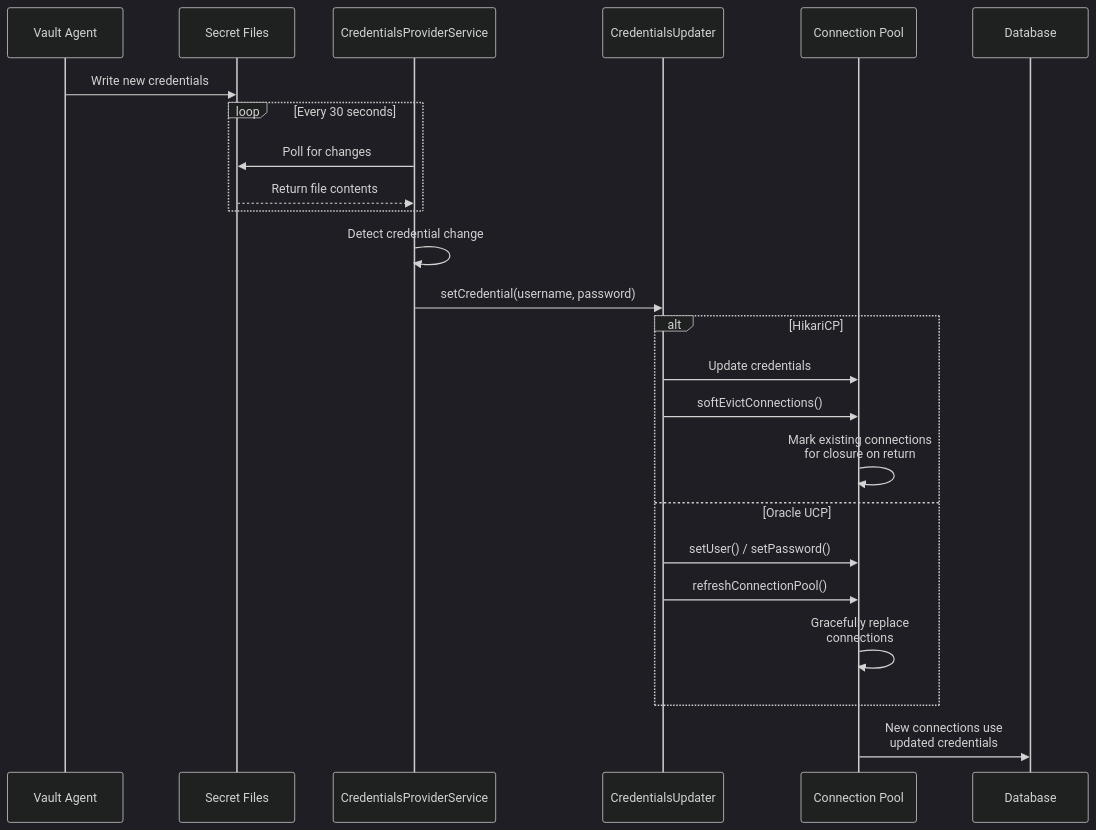
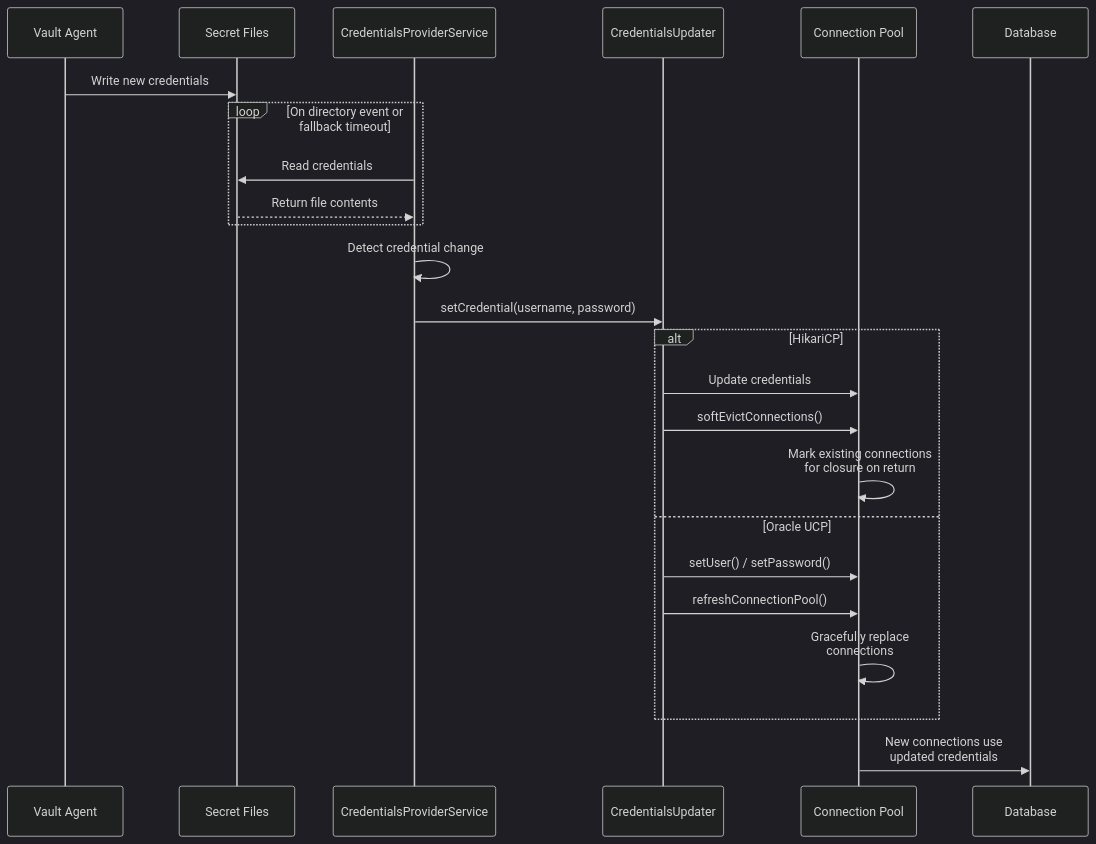
Before and after one commit to bhanafee/RotatingSecrets: the first of 4 diagrams in README.md, drawn with Mermaid (dark theme). The commit also changed other lines of this file, not shown here.

````diff
--- a/README.md
+++ b/README.md
@@ -19,31 +19,31 @@
 ```mermaid
 sequenceDiagram
     participant VA as Vault Agent
     participant SF as Secret Files
     participant CPS as CredentialsProviderService
     participant CU as CredentialsUpdater
     participant Pool as Connection Pool
     participant DB as Database
 
     VA->>SF: Write new credentials
 
-    loop Every 30 seconds
-        CPS->>SF: Poll for changes
+    loop On directory event or fallback timeout
+        CPS->>SF: Read credentials
         SF-->>CPS: Return file contents
     end
 
     CPS->>CPS: Detect credential change
     CPS->>CU: setCredential(username, password)
 
     alt HikariCP
         CU->>Pool: Update credentials
         CU->>Pool: softEvictConnections()
         Pool->>Pool: Mark existing connections<br/>for closure on return
     else Oracle UCP
         CU->>Pool: setUser() / setPassword()
         CU->>Pool: refreshConnectionPool()
         Pool->>Pool: Gracefully replace<br/>connections
     end
 
     Pool->>DB: New connections use<br/>updated credentials
 ```
````
